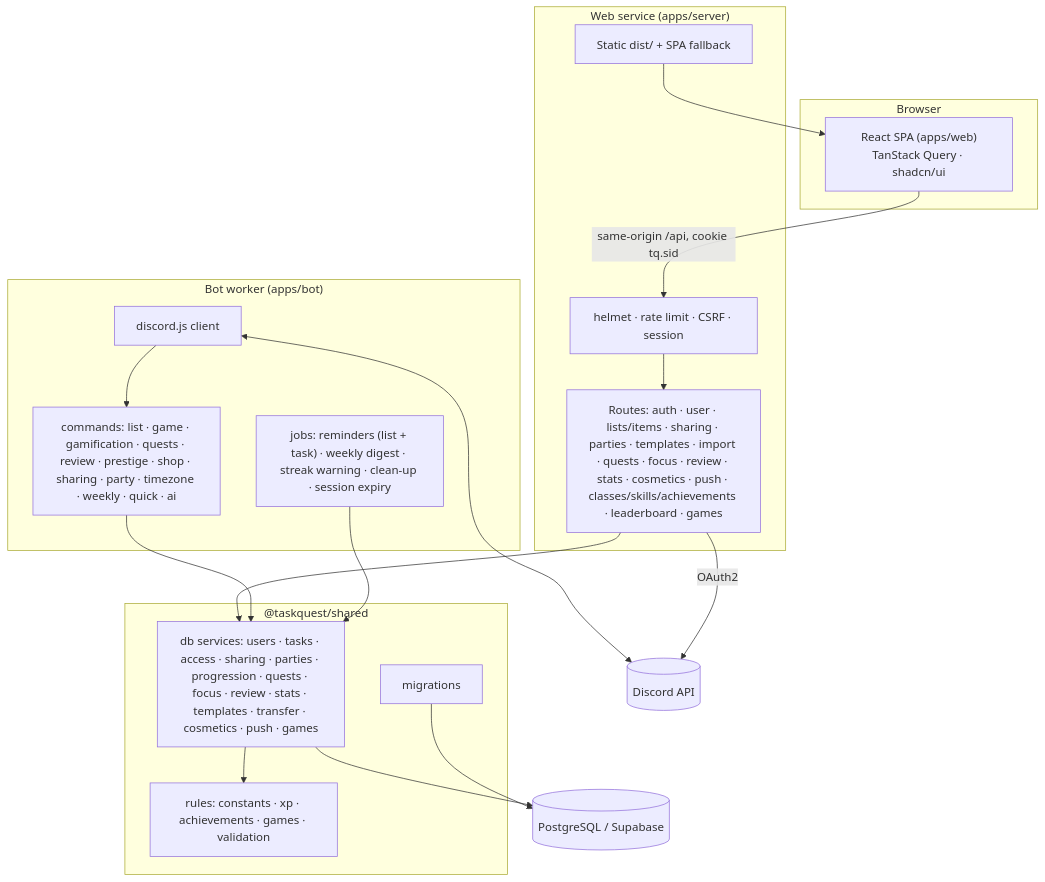
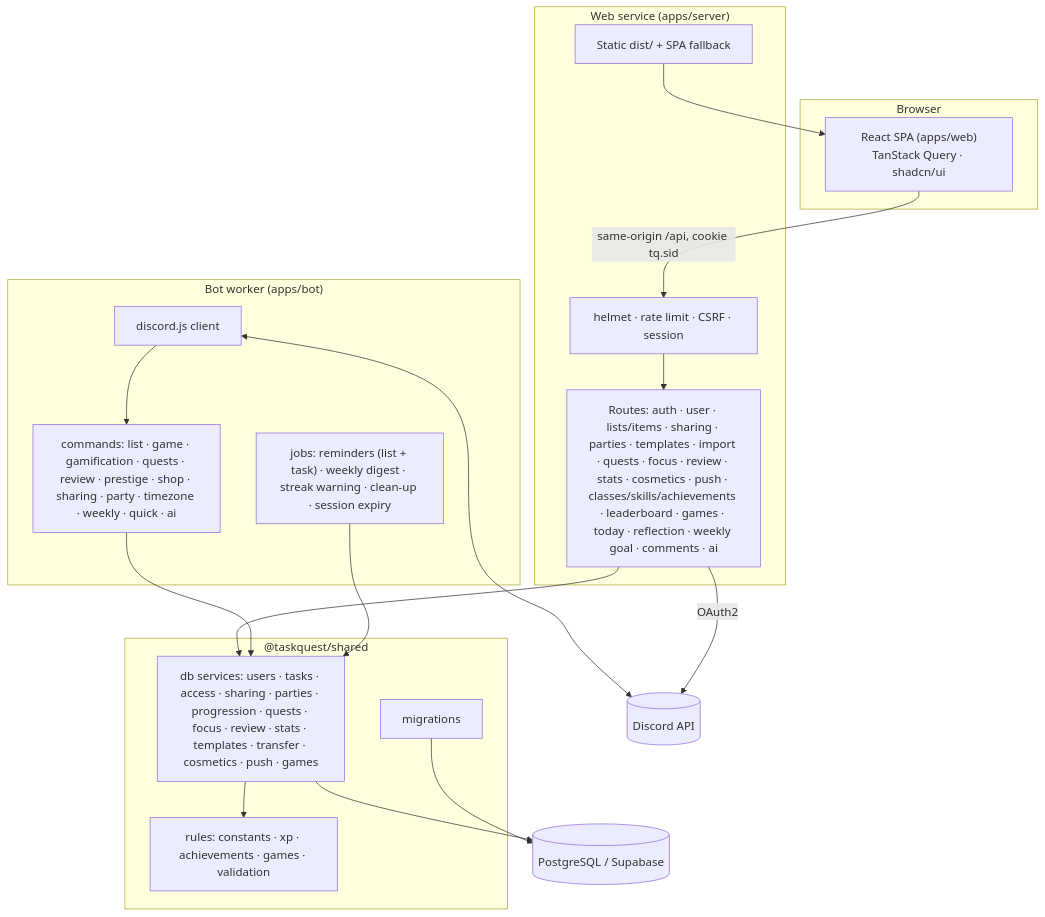
Before and after one commit to Mist10148/TaskQuest-Application: the first of 2 diagrams in docs/ARCHITECTURE.md, drawn with Mermaid. The commit also changed other lines of this file and 5 other files, not shown here.

Commit message:
docs: fill gaps in database, architecture, API and migration docs

````diff
--- a/docs/ARCHITECTURE.md
+++ b/docs/ARCHITECTURE.md
@@ -23,33 +23,33 @@
 ```mermaid
 flowchart TB
     subgraph Browser
         SPA["React SPA (apps/web)<br/>TanStack Query · shadcn/ui"]
     end
     subgraph "Web service (apps/server)"
         MW["helmet · rate limit · CSRF · session"]
-        R["Routes: auth · user · lists/items · sharing · parties · templates · import · quests · focus · review · stats · cosmetics · push · classes/skills/achievements · leaderboard · games"]
+        R["Routes: auth · user · lists/items · sharing · parties · templates · import · quests · focus · review · stats · cosmetics · push · classes/skills/achievements · leaderboard · games · today · reflection · weekly goal · comments · ai"]
         STATIC["Static dist/ + SPA fallback"]
     end
     subgraph "Bot worker (apps/bot)"
         GW["discord.js client"]
         CMD["commands: list · game · gamification · quests · review · prestige · shop · sharing · party · timezone · weekly · quick · ai"]
         JOBS["jobs: reminders (list + task) · weekly digest · streak warning · clean-up · session expiry"]
     end
     subgraph "@taskquest/shared"
         RULES["rules: constants · xp · achievements · games · validation"]
         SVC["db services: users · tasks · access · sharing · parties · progression · quests · focus · review · stats · templates · transfer · cosmetics · push · games"]
         MIG["migrations"]
     end
     DB[(PostgreSQL / Supabase)]
     DISCORD[(Discord API)]
 
     SPA -->|"same-origin /api, cookie tq.sid"| MW --> R --> SVC
     STATIC --> SPA
     GW <--> DISCORD
     GW --> CMD --> SVC
     JOBS --> SVC
     R -->|OAuth2| DISCORD
     SVC --> RULES
     SVC --> DB
     MIG --> DB
 ```
````
